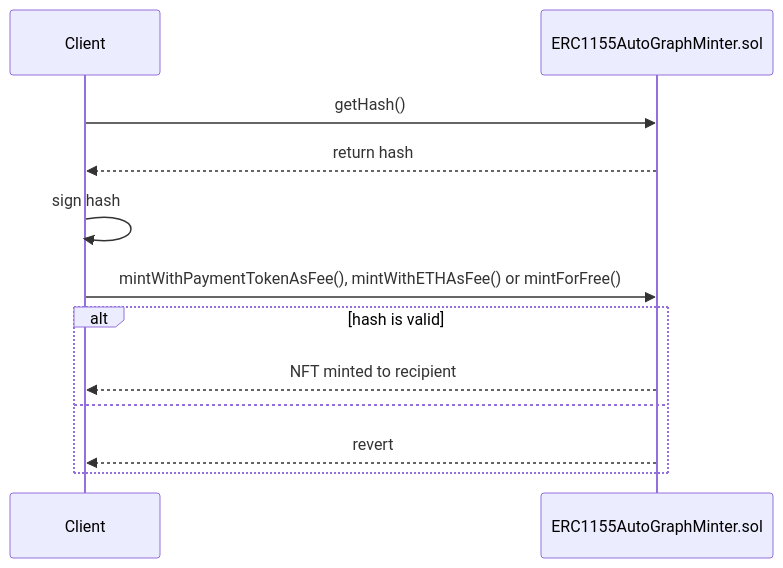
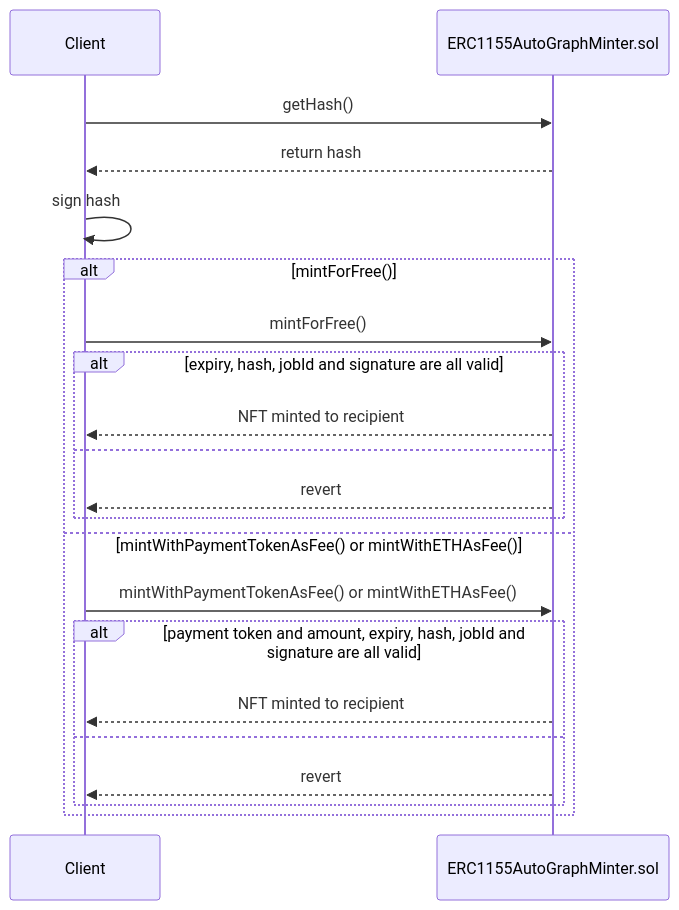
One commit to ZTX-Foundation/tuxedo changed the diagram in doc/features/Crafting.md. Above: the diagram before and after it, drawn with Mermaid. The commit also changed other lines of this file and 1 other file, not shown here.

Commit message:
chore: sequence diagram updates

````diff
--- a/doc/features/Crafting.md
+++ b/doc/features/Crafting.md
@@ -28,14 +28,24 @@
 ```mermaid
 sequenceDiagram
     participant Client
     participant ERC1155AutoGraphMinter.sol
     Client->>ERC1155AutoGraphMinter.sol: getHash()
     ERC1155AutoGraphMinter.sol-->>Client: return hash
     Client->>Client: sign hash
-    Client->>ERC1155AutoGraphMinter.sol: mintWithPaymentTokenAsFee(), mintWithETHAsFee() or mintForFree()
-    alt hash is valid
-        ERC1155AutoGraphMinter.sol-->>Client: NFT minted to recipient
-    else
-        ERC1155AutoGraphMinter.sol-->>Client: revert
+    
+    alt mintForFree()
+        Client->>ERC1155AutoGraphMinter.sol: mintForFree()
+        alt expiry, hash, jobId and signature are all valid
+            ERC1155AutoGraphMinter.sol-->>Client: NFT minted to recipient
+        else
+            ERC1155AutoGraphMinter.sol-->>Client: revert
+        end
+    else mintWithPaymentTokenAsFee() or mintWithETHAsFee()
+        Client->>ERC1155AutoGraphMinter.sol: mintWithPaymentTokenAsFee() or mintWithETHAsFee()
+        alt payment token and amount, expiry, hash, jobId and signature are all valid
+            ERC1155AutoGraphMinter.sol-->>Client: NFT minted to recipient
+        else
+            ERC1155AutoGraphMinter.sol-->>Client: revert
+        end
     end
 ```
````
